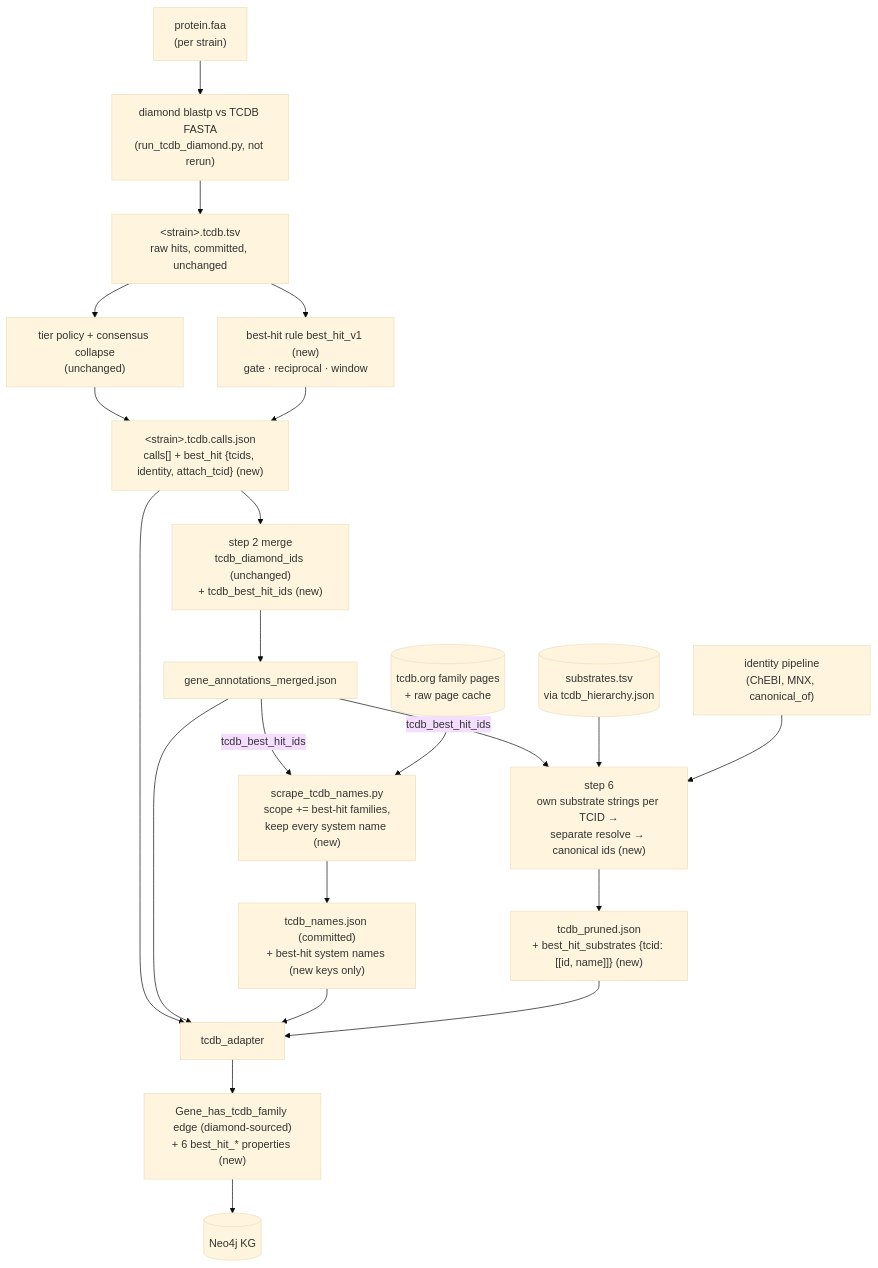
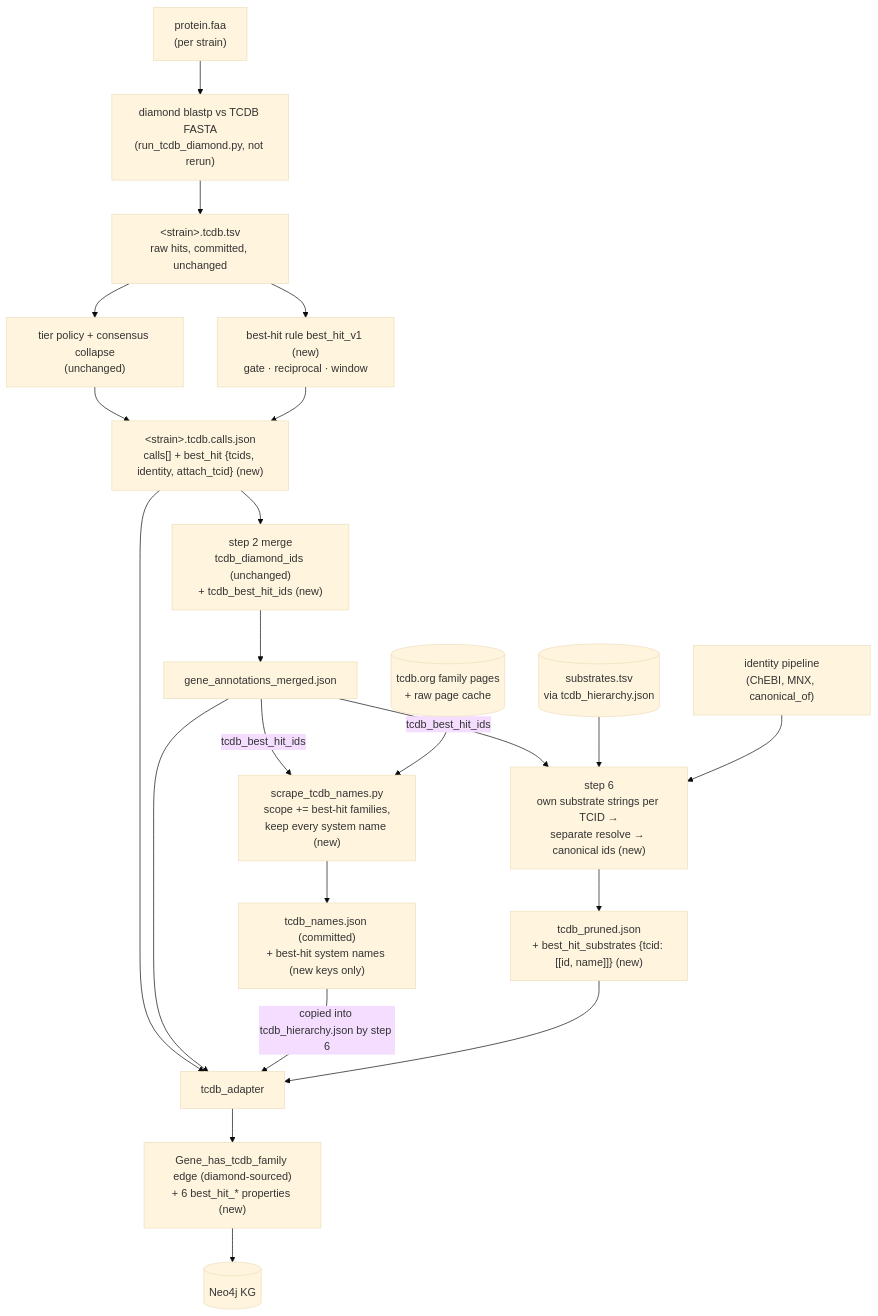
One commit to wosnat/multiomics_biocypher_kg changed the diagram in docs/superpowers/specs/2026-10-18-tcdb-diamond-best-hit-design.md. Above: the diagram before and after it, drawn with Mermaid (base theme). The commit also changed other lines of this file and 1 other file, not shown here.

Commit message:
docs(tcdb-best-hit): address plan review (expected files, --from-tsv guards, test locations, names via hierarchy)

````diff
--- a/docs/superpowers/specs/2026-10-18-tcdb-diamond-best-hit-design.md
+++ b/docs/superpowers/specs/2026-10-18-tcdb-diamond-best-hit-design.md
@@ -265,28 +270,28 @@
 ```mermaid
 flowchart TD
     FAA["protein.faa<br/>(per strain)"] --> DIA["diamond blastp vs TCDB FASTA<br/>(run_tcdb_diamond.py, not rerun)"]
     DIA --> TSV["&lt;strain&gt;.tcdb.tsv<br/>raw hits, committed, unchanged"]
     TSV --> TIER["tier policy + consensus collapse<br/>(unchanged)"]
     TSV --> RULE["best-hit rule best_hit_v1 (new)<br/>gate · reciprocal · window"]
     TIER --> CALLS["&lt;strain&gt;.tcdb.calls.json<br/>calls[] + best_hit {tcids, identity, attach_tcid} (new)"]
     RULE --> CALLS
 
     CALLS --> S2["step 2 merge<br/>tcdb_diamond_ids (unchanged)<br/>+ tcdb_best_hit_ids (new)"]
     S2 --> MERGED["gene_annotations_merged.json"]
 
     MERGED -->|tcdb_best_hit_ids| SCRAPE["scrape_tcdb_names.py<br/>scope += best-hit families,<br/>keep every system name (new)"]
     TCDBWEB[("tcdb.org family pages<br/>+ raw page cache")] --> SCRAPE
     SCRAPE --> NAMES["tcdb_names.json (committed)<br/>+ best-hit system names (new keys only)"]
 
     MERGED -->|tcdb_best_hit_ids| S6["step 6<br/>own substrate strings per TCID →<br/>separate resolve → canonical ids (new)"]
     SUBS[("substrates.tsv<br/>via tcdb_hierarchy.json")] --> S6
     IDP["identity pipeline<br/>(ChEBI, MNX, canonical_of)"] --> S6
     S6 --> PRUNED["tcdb_pruned.json<br/>+ best_hit_substrates {tcid: [[id, name]]} (new)"]
 
     CALLS --> ADP["tcdb_adapter"]
     MERGED --> ADP
-    NAMES --> ADP
+    NAMES -->|copied into tcdb_hierarchy.json by step 6| ADP
     PRUNED --> ADP
     ADP --> EDGE["Gene_has_tcdb_family edge (diamond-sourced)<br/>+ 6 best_hit_* properties (new)"]
     EDGE --> KG[("Neo4j KG")]
 ```
````
